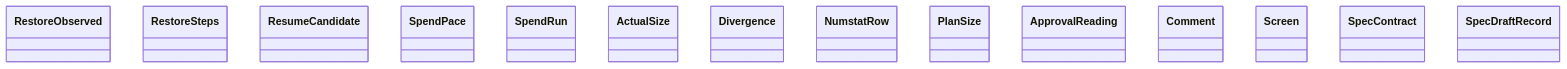
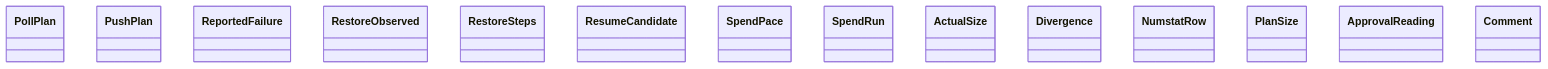
The diagram in docs/architecture/generated/classes-process-domain-state-3.md (GonzaloZevallos/agentic-system), drawn with Mermaid before and after one commit. The commit also changed other lines of this file and 15 other files, not shown here.

````diff
--- a/docs/architecture/generated/classes-process-domain-state-3.md
+++ b/docs/architecture/generated/classes-process-domain-state-3.md
@@ -32,17 +32,17 @@
 ```mermaid
 classDiagram
+    class rules__PollPlan["PollPlan"]
+    class rules__PushPlan["PushPlan"]
+    class rules__ReportedFailure["ReportedFailure"]
     class rules__RestoreObserved["RestoreObserved"]
     class rules__RestoreSteps["RestoreSteps"]
     class rules__ResumeCandidate["ResumeCandidate"]
     class rules__SpendPace["SpendPace"]
     class rules__SpendRun["SpendRun"]
     class size_budget__ActualSize["ActualSize"]
     class size_budget__Divergence["Divergence"]
     class size_budget__NumstatRow["NumstatRow"]
     class size_budget__PlanSize["PlanSize"]
     class spec_approval__ApprovalReading["ApprovalReading"]
     class spec_approval__Comment["Comment"]
-    class spec_delivery__Screen["Screen"]
-    class spec_delivery__SpecContract["SpecContract"]
-    class spec_delivery__SpecDraftRecord["SpecDraftRecord"]
 ```
````
